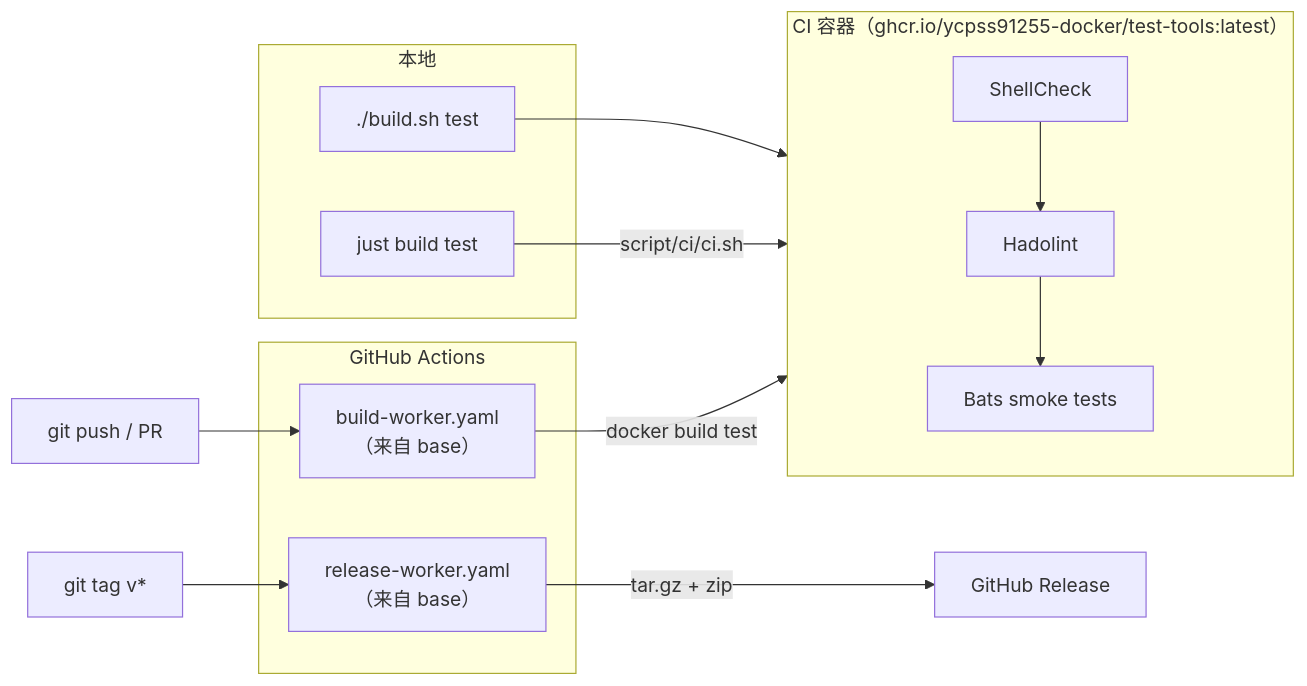
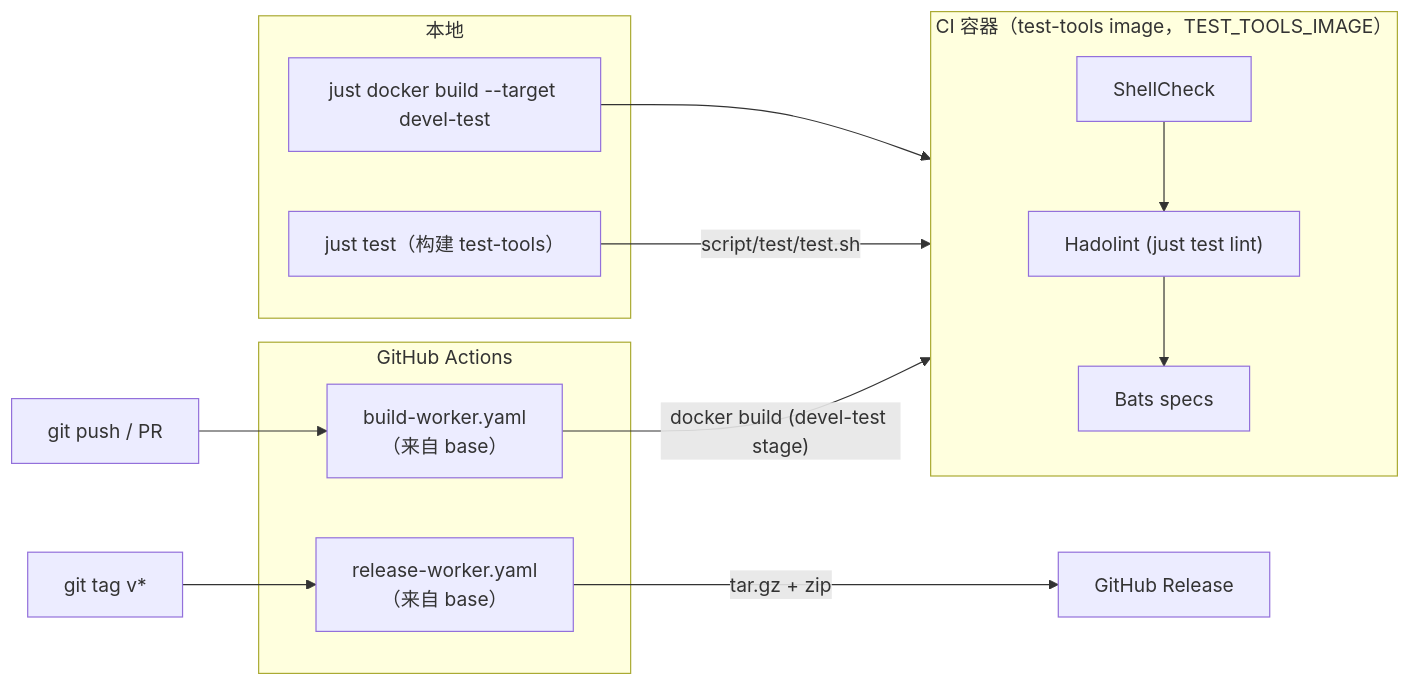
Before and after one commit to ycpss91255-lab/jetson_sdk_manager: the second of 2 diagrams in doc/readme/README.zh-CN.md, drawn with Mermaid. The commit also changed other lines of this file and 1202 other files, not shown here.

````diff
--- a/doc/readme/README.zh-CN.md
+++ b/doc/readme/README.zh-CN.md
@@ -81,27 +120,27 @@
 ```mermaid
 flowchart LR
     subgraph local["本地"]
-        build_test["./build.sh test"]
-        make_test["just build test"]
+        just_test["just test（构建 test-tools）"]
+        just_build["just docker build --target devel-test"]
     end
 
-    subgraph ci_container["CI 容器（ghcr.io/ycpss91255-docker/test-tools:latest）"]
+    subgraph ci_container["CI 容器（test-tools image，TEST_TOOLS_IMAGE）"]
         shellcheck["ShellCheck"]
-        hadolint["Hadolint"]
-        bats["Bats smoke tests"]
+        hadolint["Hadolint (just test lint)"]
+        bats["Bats specs"]
     end
 
     subgraph github["GitHub Actions"]
         build_worker["build-worker.yaml<br/>（来自 base）"]
         release_worker["release-worker.yaml<br/>（来自 base）"]
     end
 
-    build_test --> ci_container
-    make_test -->|"script/ci/ci.sh"| ci_container
+    just_build --> ci_container
+    just_test -->|"script/test/test.sh"| ci_container
     shellcheck --> hadolint --> bats
 
     push["git push / PR"] --> build_worker
-    build_worker -->|"docker build test"| ci_container
+    build_worker -->|"docker build (devel-test stage)"| ci_container
     tag["git tag v*"] --> release_worker
     release_worker -->|"tar.gz + zip"| release["GitHub Release"]
 ```
````
